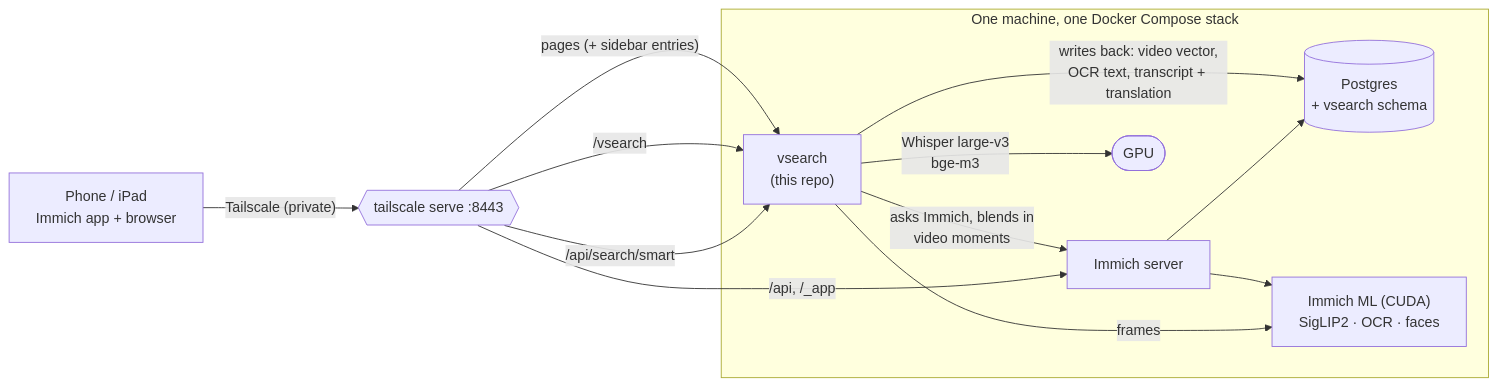
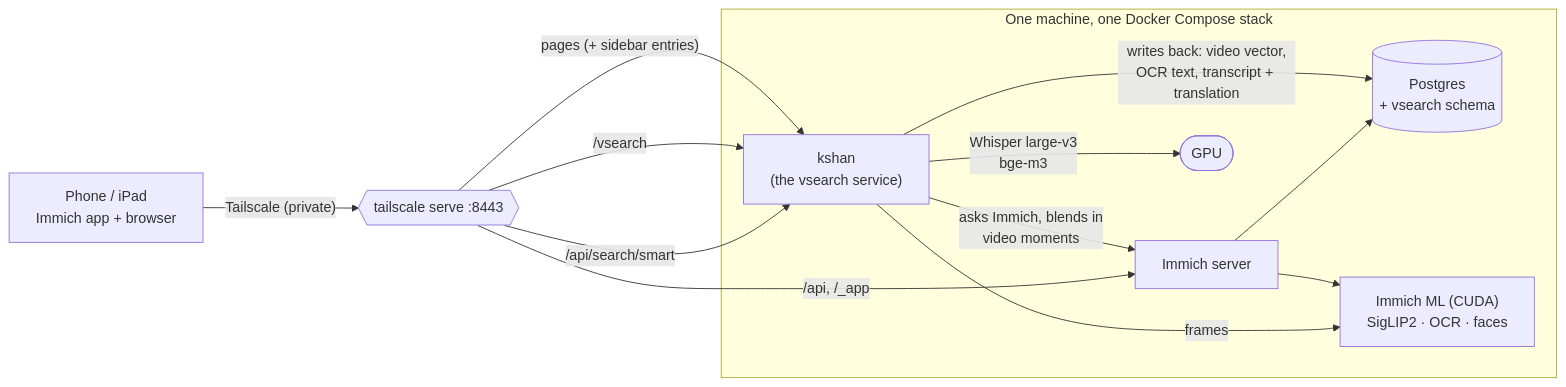
Before and after one commit to atharva80/kshan: the diagram in README.md, drawn with Mermaid. The commit also changed other lines of this file and 2 other files, not shown here.

Commit message:
kshan: new name, a README that explains the problem, the benchmark and the limits

````diff
--- a/README.md
+++ b/README.md
@@ -70,18 +94,18 @@
 ```mermaid
 flowchart LR
     phone["Phone / iPad<br/>Immich app + browser"] -- "Tailscale (private)" --> ts{{"tailscale serve :8443"}}
     ts -- "/api, /_app" --> immich
     ts -- "/api/search/smart" --> vs
     ts -- "/vsearch" --> vs
     ts -- "pages (+ sidebar entries)" --> vs
     subgraph server["One machine, one Docker Compose stack"]
         immich["Immich server"] --> db[("Postgres<br/>+ vsearch schema")]
         ml["Immich ML (CUDA)<br/>SigLIP2 · OCR · faces"]
-        vs["vsearch<br/>(this repo)"]
+        vs["kshan<br/>(the vsearch service)"]
         vs -- "asks Immich, blends in<br/>video moments" --> immich
         vs -- "frames" --> ml
         vs -- "Whisper large-v3<br/>bge-m3" --> gpu(["GPU"])
         vs -- "writes back: video vector,<br/>OCR text, transcript + translation" --> db
         immich --> ml
     end
 ```
````
